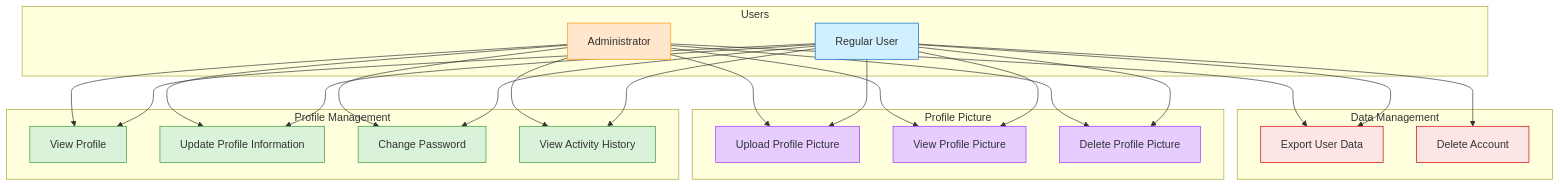
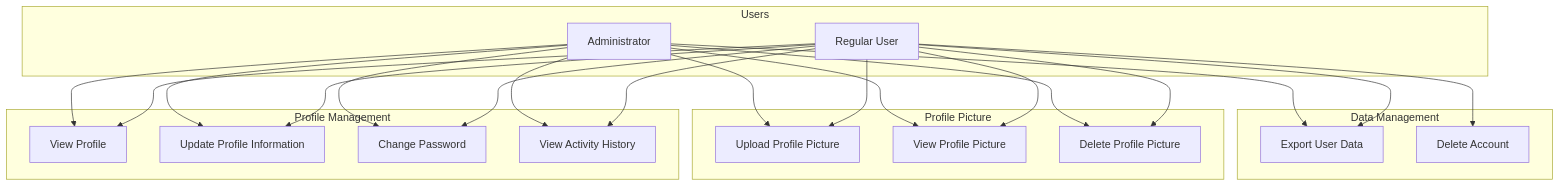
One commit to fares1919-ltrch/Backend-stage changed the first of 4 diagrams in Documentation/Profile.md. Above: the diagram before and after it, drawn with Mermaid. The commit also changed other lines of this file and 20 other files, not shown here.

````diff
--- a/Documentation/Profile.md
+++ b/Documentation/Profile.md
@@ -9,56 +9,52 @@
 ```mermaid
 graph TD
     subgraph Users
         RegularUser[Regular User]
         Admin[Administrator]
     end
 
     subgraph Profile Management
         ViewProfile[View Profile]
         UpdateProfile[Update Profile Information]
         ChangePassword[Change Password]
         ViewActivity[View Activity History]
     end
 
     subgraph Profile Picture
         UploadPicture[Upload Profile Picture]
         ViewPicture[View Profile Picture]
         DeletePicture[Delete Profile Picture]
     end
 
     subgraph Data Management
         ExportData[Export User Data]
         DeleteAccount[Delete Account]
     end
 
     RegularUser --> ViewProfile
     RegularUser --> UpdateProfile
     RegularUser --> ChangePassword
     RegularUser --> ViewActivity
     RegularUser --> UploadPicture
     RegularUser --> ViewPicture
     RegularUser --> DeletePicture
     RegularUser --> ExportData
     RegularUser --> DeleteAccount
 
     Admin --> ViewProfile
     Admin --> UpdateProfile
     Admin --> ChangePassword
     Admin --> ViewActivity
     Admin --> UploadPicture
     Admin --> ViewPicture
     Admin --> DeletePicture
     Admin --> ExportData
 
-    classDef user fill:#d1f0ff,stroke:#0066cc
-    classDef admin fill:#ffe6cc,stroke:#ff9900
-    classDef profile fill:#d9f2d9,stroke:#339933
-    classDef picture fill:#e6ccff,stroke:#9933ff
-    classDef data fill:#ffe6e6,stroke:#cc0000
+
 
     class RegularUser user
     class Admin admin
     class ViewProfile,UpdateProfile,ChangePassword,ViewActivity profile
     class UploadPicture,ViewPicture,DeletePicture picture
     class ExportData,DeleteAccount data
 ```
````
